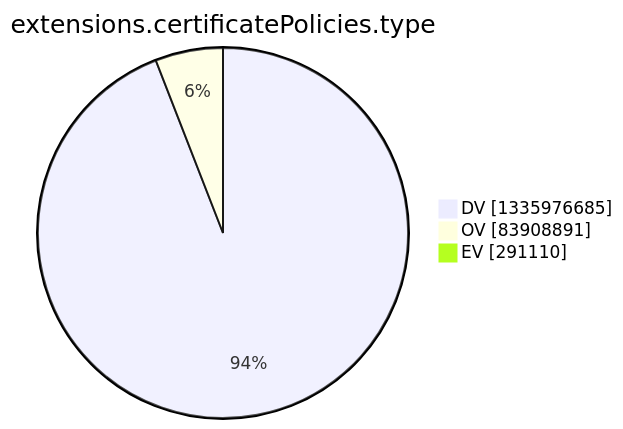
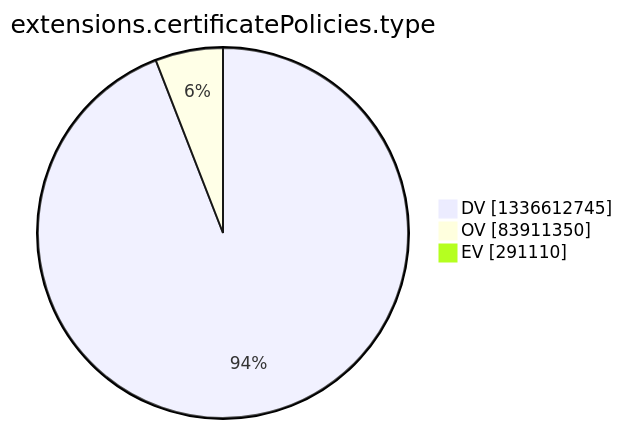
Before and after one commit to christiankrug/ctmonitor_visualization: the tenth of 15 diagrams in argon2022/README.md, drawn with Mermaid. The commit also changed other lines of this file, not shown here.

````diff
--- a/argon2022/README.md
+++ b/argon2022/README.md
@@ -2773,7 +2773,7 @@
 ```mermaid
 pie showData
 title extensions.certificatePolicies.type
-"DV" :1335976685
-"OV" :83908891
+"DV" :1336612745
+"OV" :83911350
 "EV" :291110
 ```
````
